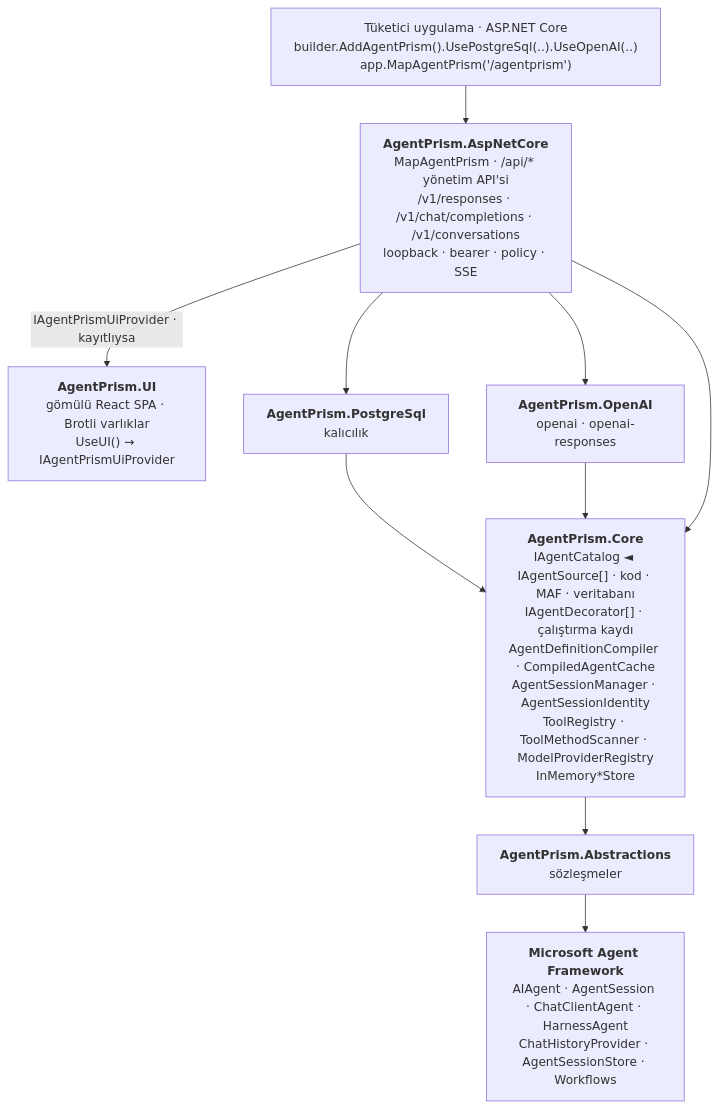
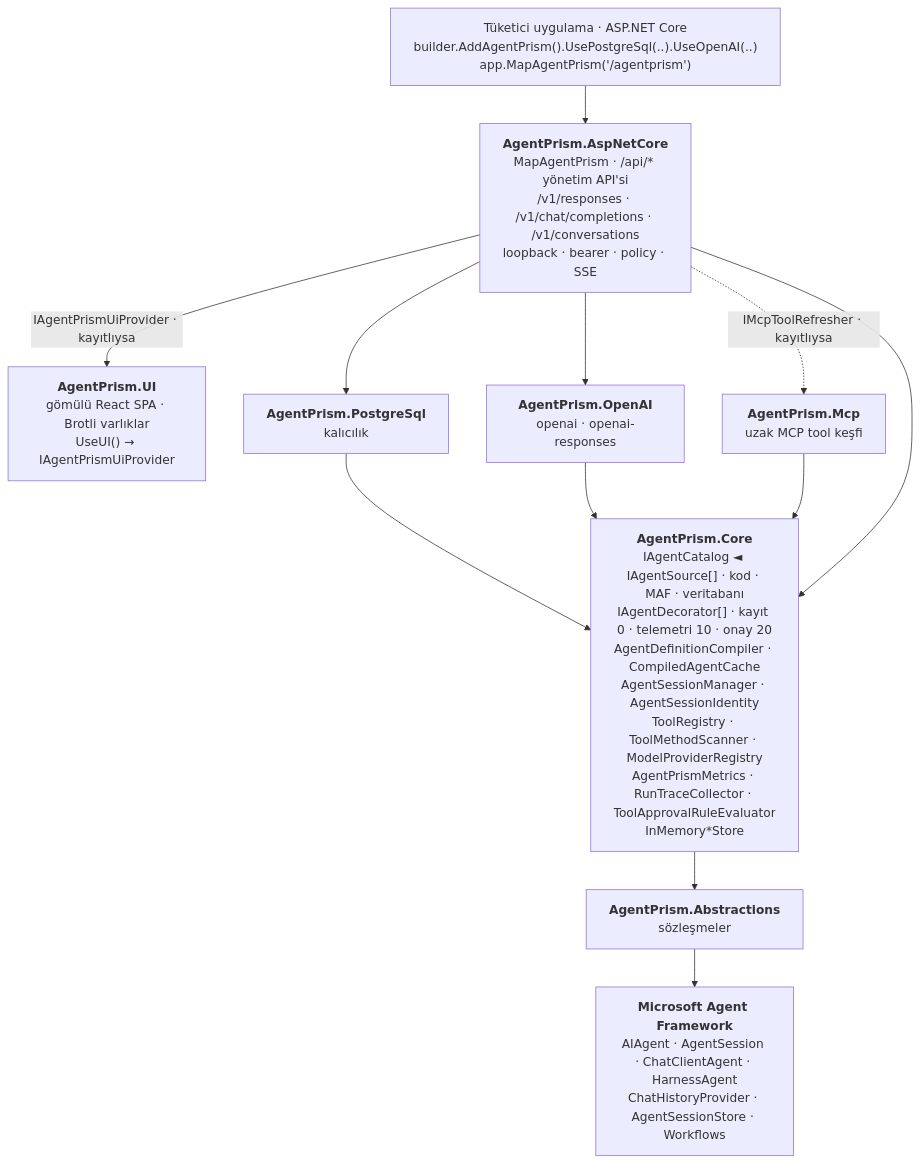
The first of 9 diagrams in docs/MIMARI.md (farukatasoy/Tracon), drawn with Mermaid before and after one commit. The commit also changed other lines of this file and 104 other files, not shown here.

````diff
--- a/docs/MIMARI.md
+++ b/docs/MIMARI.md
@@ -68,26 +75,29 @@
 ```mermaid
 flowchart TD
     T["Tüketici uygulama · ASP.NET Core<br/>builder.AddAgentPrism().UsePostgreSql(..).UseOpenAI(..)<br/>app.MapAgentPrism('/agentprism')"]
 
     UI["<b>AgentPrism.UI</b><br/>gömülü React SPA · Brotli varlıklar<br/>UseUI() → IAgentPrismUiProvider"]
 
     HTTP["<b>AgentPrism.AspNetCore</b><br/>MapAgentPrism · /api/* yönetim API'si<br/>/v1/responses · /v1/chat/completions · /v1/conversations<br/>loopback · bearer · policy · SSE"]
 
     PG["<b>AgentPrism.PostgreSql</b><br/>kalıcılık"]
     OA["<b>AgentPrism.OpenAI</b><br/>openai · openai-responses"]
+    MCP["<b>AgentPrism.Mcp</b><br/>uzak MCP tool keşfi"]
 
-    CORE["<b>AgentPrism.Core</b><br/>IAgentCatalog ◄ IAgentSource[] · kod · MAF · veritabanı<br/>IAgentDecorator[] · çalıştırma kaydı<br/>AgentDefinitionCompiler · CompiledAgentCache<br/>AgentSessionManager · AgentSessionIdentity<br/>ToolRegistry · ToolMethodScanner · ModelProviderRegistry<br/>InMemory*Store"]
+    CORE["<b>AgentPrism.Core</b><br/>IAgentCatalog ◄ IAgentSource[] · kod · MAF · veritabanı<br/>IAgentDecorator[] · kayıt 0 · telemetri 10 · onay 20<br/>AgentDefinitionCompiler · CompiledAgentCache<br/>AgentSessionManager · AgentSessionIdentity<br/>ToolRegistry · ToolMethodScanner · ModelProviderRegistry<br/>AgentPrismMetrics · RunTraceCollector · ToolApprovalRuleEvaluator<br/>InMemory*Store"]
 
     ABS["<b>AgentPrism.Abstractions</b><br/>sözleşmeler"]
 
     MAF["<b>Microsoft Agent Framework</b><br/>AIAgent · AgentSession · ChatClientAgent · HarnessAgent<br/>ChatHistoryProvider · AgentSessionStore · Workflows"]
 
     T --> HTTP
     HTTP -->|"IAgentPrismUiProvider · kayıtlıysa"| UI
     HTTP --> PG
     HTTP --> OA
+    HTTP -.->|"IMcpToolRefresher · kayıtlıysa"| MCP
     PG --> CORE
     OA --> CORE
+    MCP --> CORE
     HTTP --> CORE
     CORE --> ABS --> MAF
 ```
````
